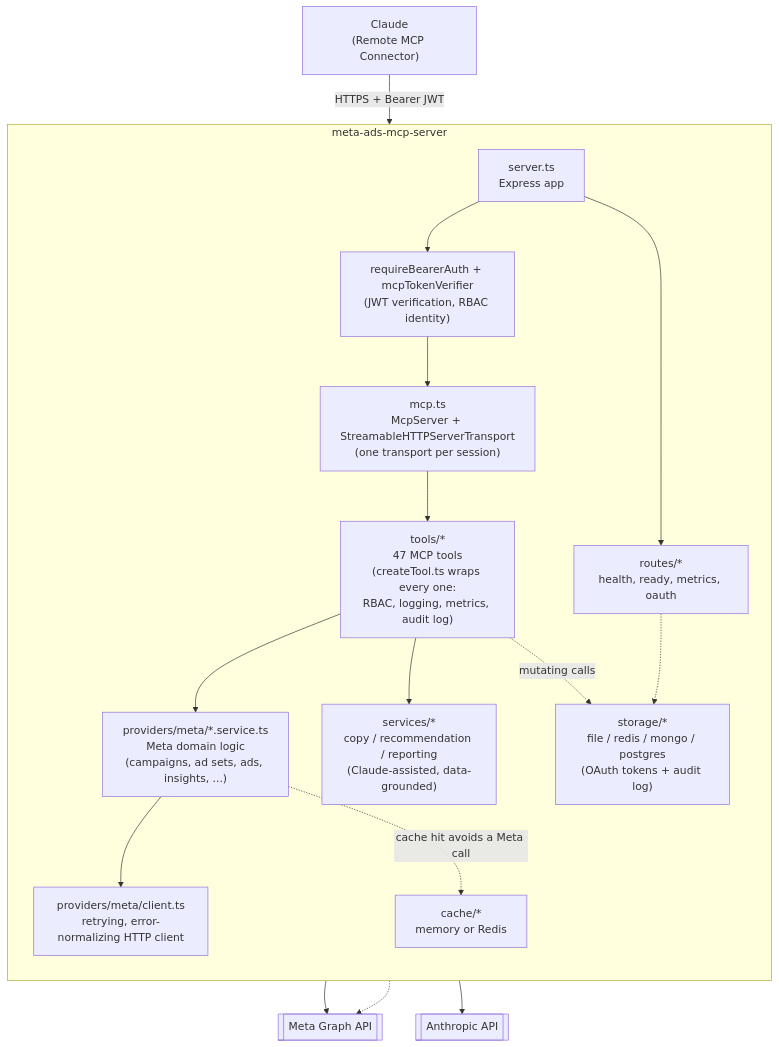
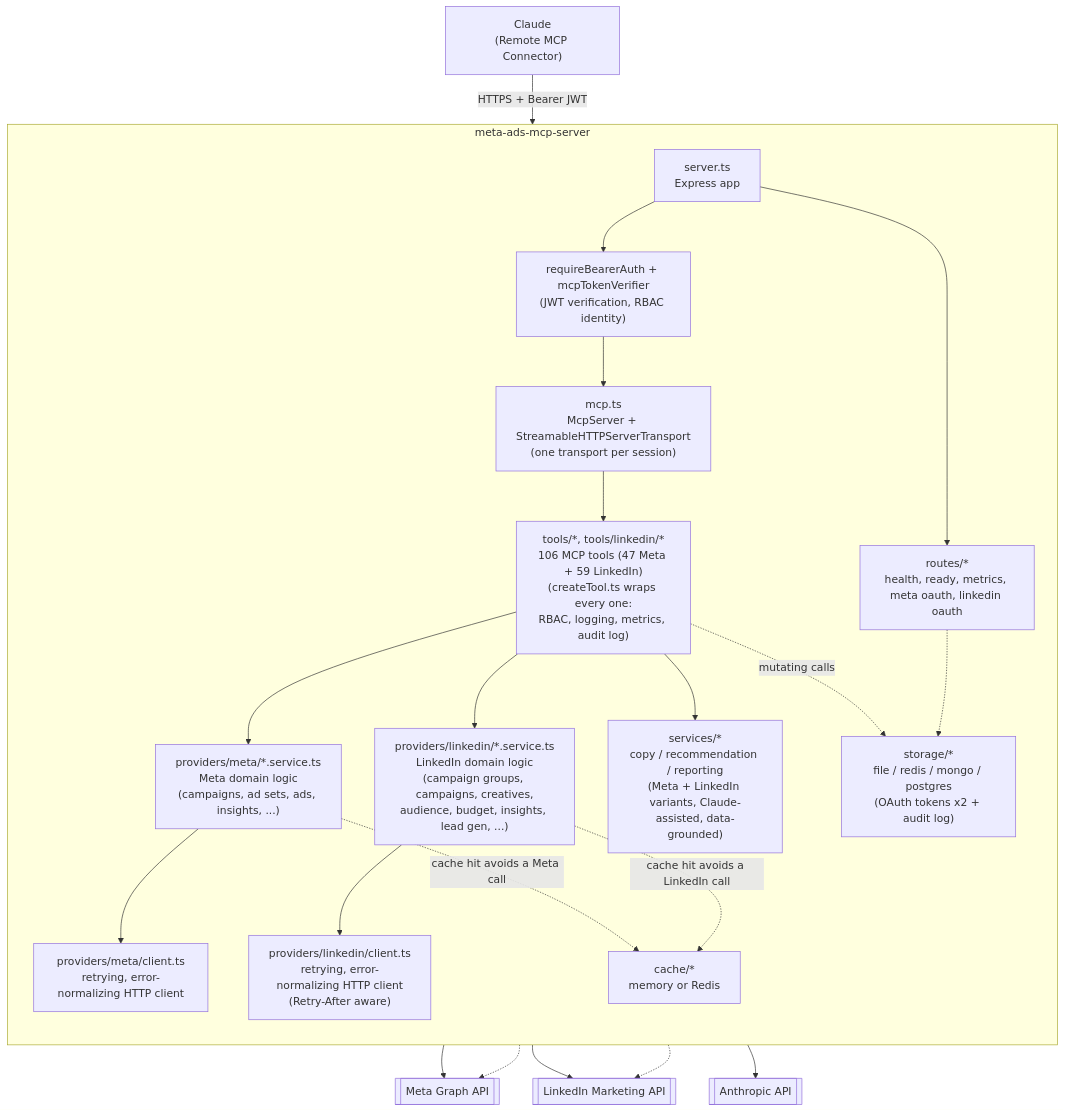
One commit to technohanateam/technohana-backend changed the diagram in meta-ads-mcp-server/docs/architecture.md. Above: the diagram before and after it, drawn with Mermaid. The commit also changed other lines of this file and 6 other files, not shown here.

````diff
--- a/meta-ads-mcp-server/docs/architecture.md
+++ b/meta-ads-mcp-server/docs/architecture.md
@@ -5,33 +5,40 @@
 ```mermaid
 flowchart TB
     Claude["Claude<br/>(Remote MCP Connector)"]
 
     subgraph Server["meta-ads-mcp-server"]
         direction TB
         Express["server.ts<br/>Express app"]
         Mcp["mcp.ts<br/>McpServer + StreamableHTTPServerTransport<br/>(one transport per session)"]
         Auth["requireBearerAuth + mcpTokenVerifier<br/>(JWT verification, RBAC identity)"]
-        Tools["tools/*<br/>47 MCP tools<br/>(createTool.ts wraps every one:<br/>RBAC, logging, metrics, audit log)"]
-        Provider["providers/meta/*.service.ts<br/>Meta domain logic<br/>(campaigns, ad sets, ads, insights, ...)"]
-        AIServices["services/*<br/>copy / recommendation / reporting<br/>(Claude-assisted, data-grounded)"]
-        Client["providers/meta/client.ts<br/>retrying, error-normalizing HTTP client"]
+        Tools["tools/*, tools/linkedin/*<br/>106 MCP tools (47 Meta + 59 LinkedIn)<br/>(createTool.ts wraps every one:<br/>RBAC, logging, metrics, audit log)"]
+        MetaProvider["providers/meta/*.service.ts<br/>Meta domain logic<br/>(campaigns, ad sets, ads, insights, ...)"]
+        LinkedInProvider["providers/linkedin/*.service.ts<br/>LinkedIn domain logic<br/>(campaign groups, campaigns, creatives,<br/>audience, budget, insights, lead gen, ...)"]
+        AIServices["services/*<br/>copy / recommendation / reporting<br/>(Meta + LinkedIn variants, Claude-assisted, data-grounded)"]
+        MetaClient["providers/meta/client.ts<br/>retrying, error-normalizing HTTP client"]
+        LinkedInClient["providers/linkedin/client.ts<br/>retrying, error-normalizing HTTP client<br/>(Retry-After aware)"]
         Cache["cache/*<br/>memory or Redis"]
-        Storage["storage/*<br/>file / redis / mongo / postgres<br/>(OAuth tokens + audit log)"]
-        Routes["routes/*<br/>health, ready, metrics, oauth"]
+        Storage["storage/*<br/>file / redis / mongo / postgres<br/>(OAuth tokens x2 + audit log)"]
+        Routes["routes/*<br/>health, ready, metrics, meta oauth, linkedin oauth"]
     end
 
     MetaAPI[["Meta Graph API"]]
+    LinkedInAPI[["LinkedIn Marketing API"]]
     Anthropic[["Anthropic API"]]
 
     Claude -- "HTTPS + Bearer JWT" --> Express
     Express --> Auth --> Mcp --> Tools
-    Tools --> Provider
+    Tools --> MetaProvider
+    Tools --> LinkedInProvider
     Tools --> AIServices
-    Provider --> Client --> MetaAPI
-    Provider -. "cache hit avoids a Meta call" .-> Cache
+    MetaProvider --> MetaClient --> MetaAPI
+    LinkedInProvider --> LinkedInClient --> LinkedInAPI
+    MetaProvider -. "cache hit avoids a Meta call" .-> Cache
+    LinkedInProvider -. "cache hit avoids a LinkedIn call" .-> Cache
     AIServices --> Anthropic
     Tools -. "mutating calls" .-> Storage
     Express --> Routes
     Routes -.-> Storage
     Routes -.-> MetaAPI
+    Routes -.-> LinkedInAPI
 ```
````
